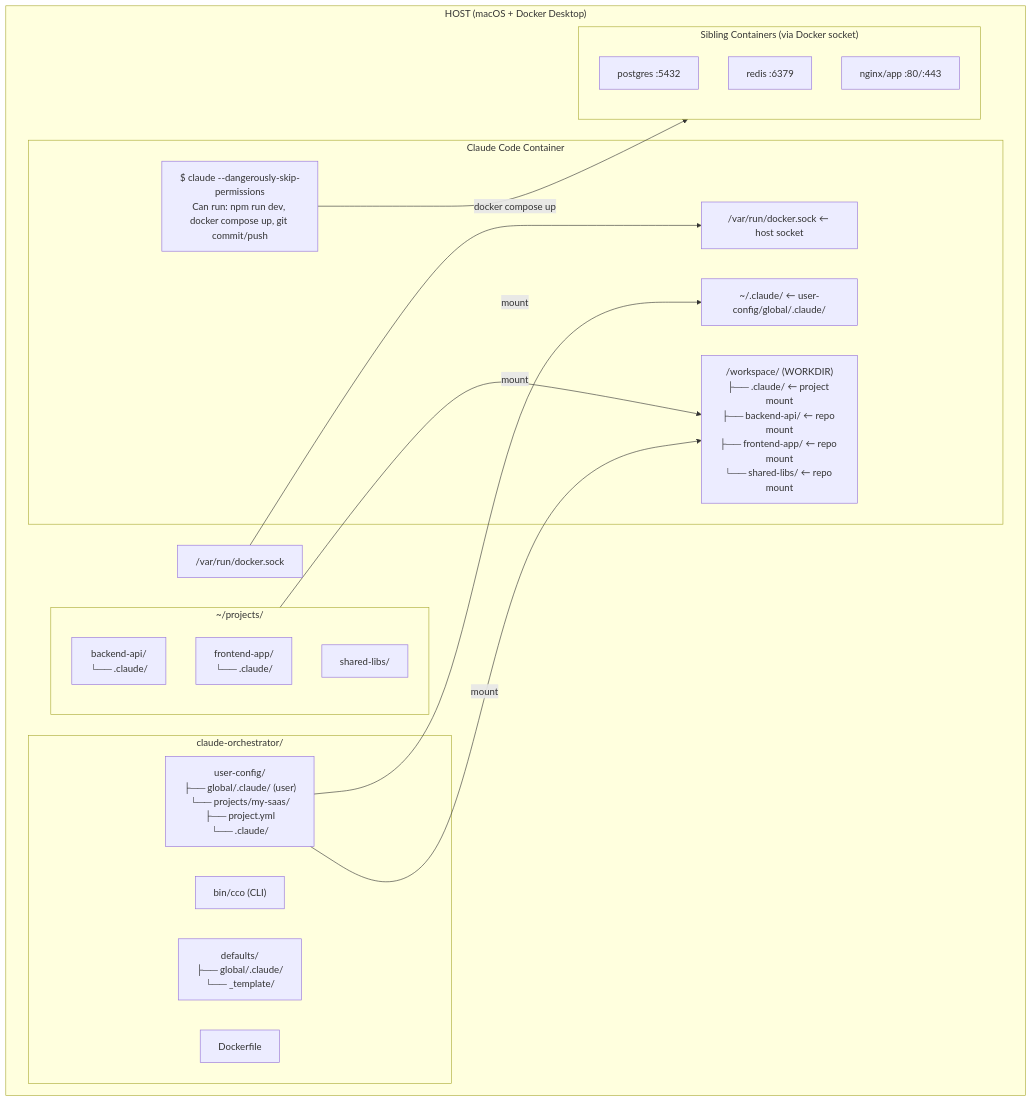
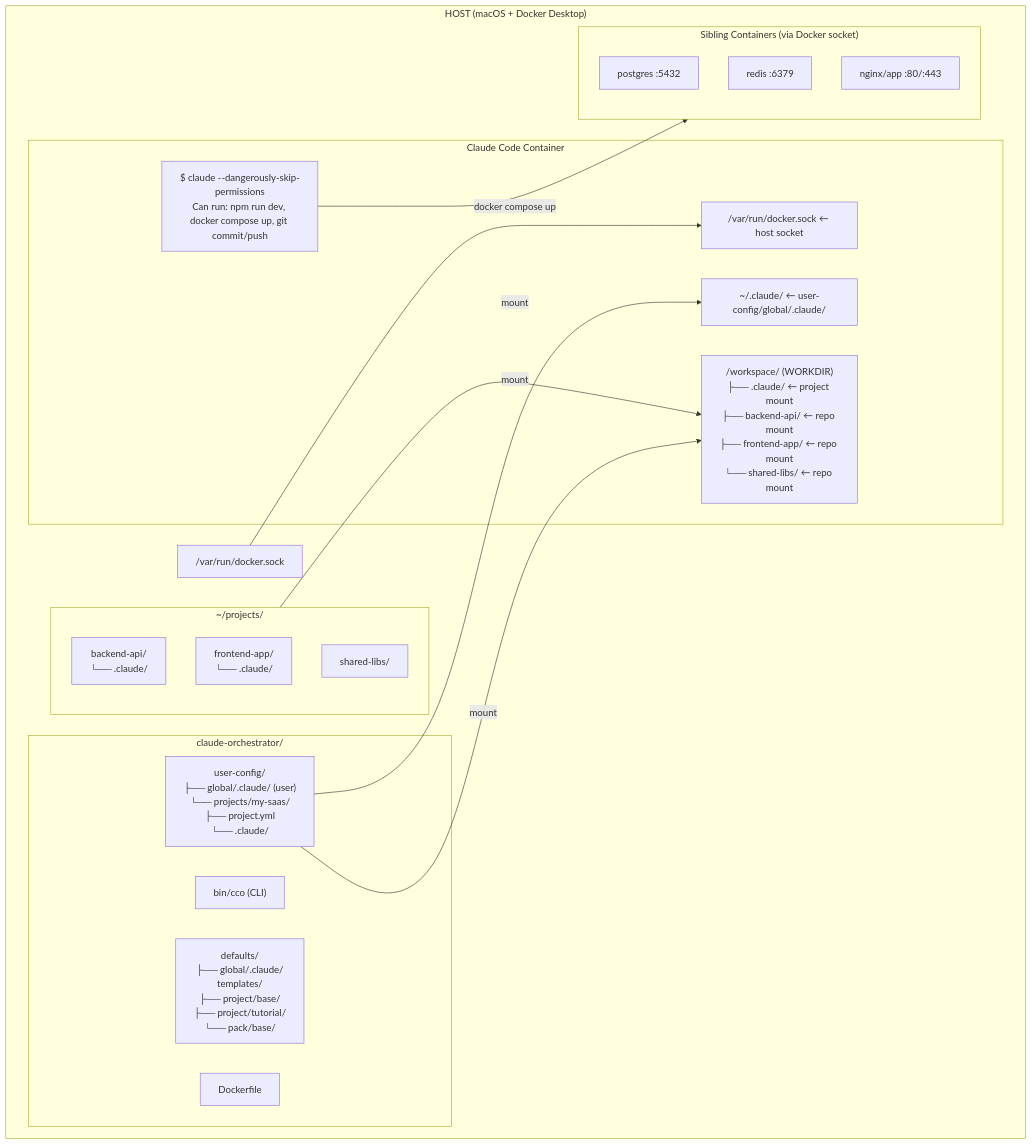
Before and after one commit to alergyonthestage/claude-orchestrator: the first of 5 diagrams in docs/maintainer/architecture.md, drawn with Mermaid. The commit also changed other lines of this file and 7 other files, not shown here.

````diff
--- a/docs/maintainer/architecture.md
+++ b/docs/maintainer/architecture.md
@@ -11,38 +11,38 @@
 ```mermaid
 graph TB
     subgraph HOST ["HOST (macOS + Docker Desktop)"]
         subgraph CCO ["claude-orchestrator/"]
             CLI["bin/cco (CLI)"]
-            DEFAULTS["defaults/<br/>├── global/.claude/<br/>└── _template/"]
+            DEFAULTS["defaults/<br/>├── global/.claude/<br/>templates/<br/>├── project/base/<br/>├── project/tutorial/<br/>└── pack/base/"]
             USERCONF["user-config/<br/>├── global/.claude/ (user)<br/>└── projects/my-saas/<br/>    ├── project.yml<br/>    └── .claude/"]
             DOCKERFILE[Dockerfile]
         end
 
         subgraph REPOS ["~/projects/"]
             BACKEND["backend-api/<br/>└── .claude/"]
             FRONTEND["frontend-app/<br/>└── .claude/"]
             SHARED["shared-libs/"]
         end
 
         SOCKET["/var/run/docker.sock"]
 
         subgraph CONTAINER ["Claude Code Container"]
             DOTCLAUDE["~/.claude/ ← user-config/global/.claude/"]
             WORKSPACE["/workspace/ (WORKDIR)<br/>├── .claude/ ← project mount<br/>├── backend-api/ ← repo mount<br/>├── frontend-app/ ← repo mount<br/>└── shared-libs/ ← repo mount"]
             DOCKSOCK["/var/run/docker.sock ← host socket"]
             CLAUDE["$ claude --dangerously-skip-permissions<br/>Can run: npm run dev, docker compose up, git commit/push"]
         end
 
         subgraph SIBLINGS ["Sibling Containers (via Docker socket)"]
             PG["postgres :5432"]
             REDIS["redis :6379"]
             NGINX["nginx/app :80/:443"]
         end
     end
 
     SOCKET --> DOCKSOCK
     USERCONF -->|mount| DOTCLAUDE
     USERCONF -->|mount| WORKSPACE
     REPOS -->|mount| WORKSPACE
     CLAUDE -->|"docker compose up"| SIBLINGS
 ```
````
